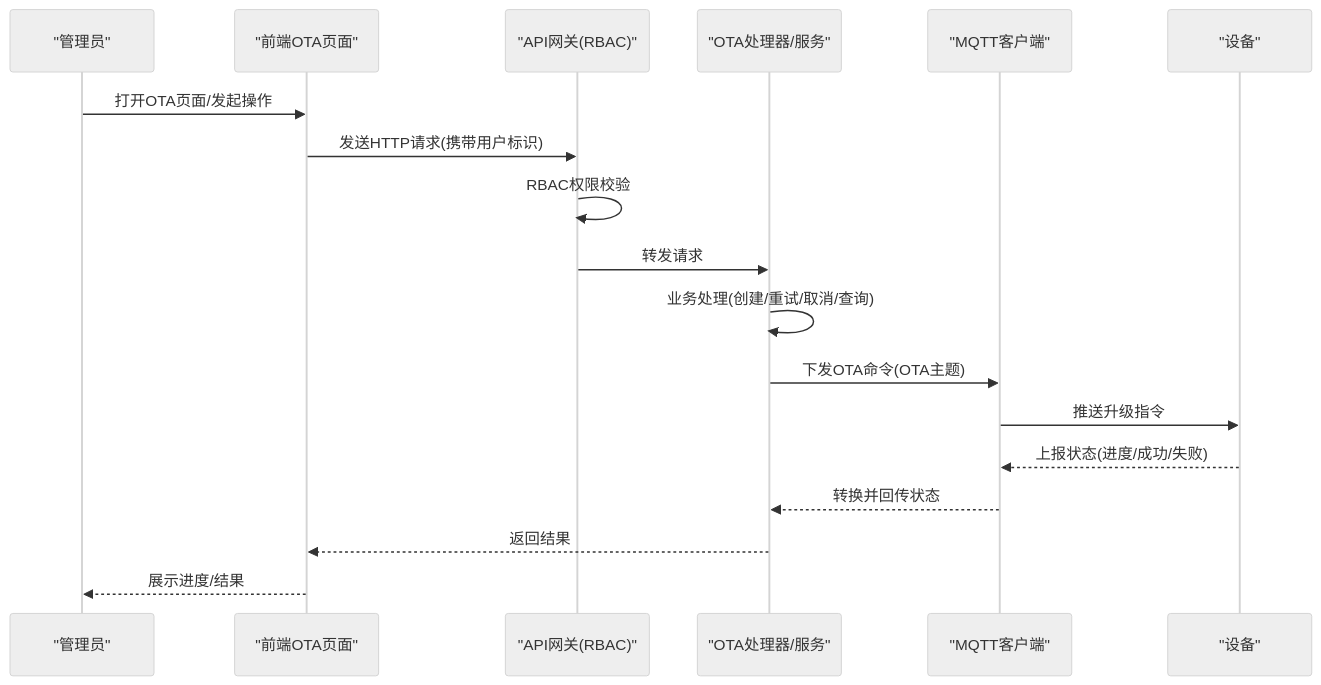
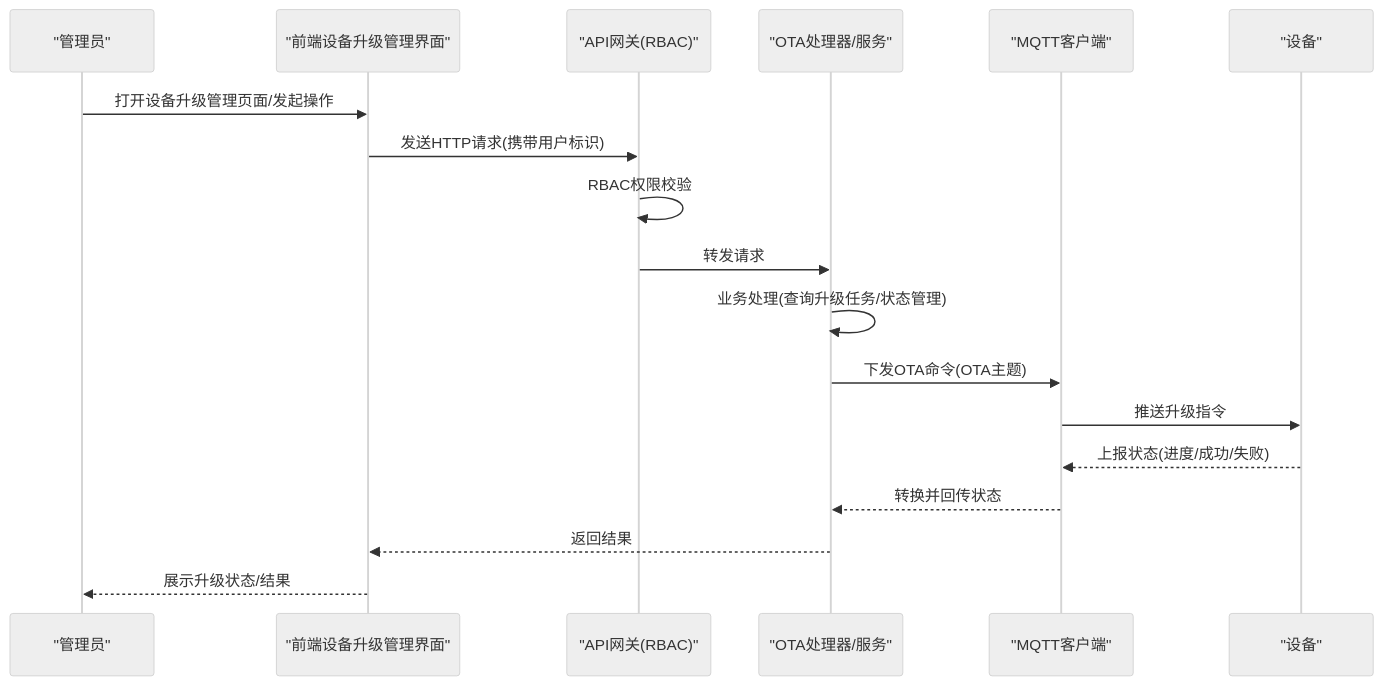
Before and after one commit to mcmrzy/cs_inv_monitor-develop: the second of 6 diagrams in .qoder/repowiki/zh/content/OTA升级系统/OTA任务调度/OTA任务管理.md, drawn with Mermaid (neutral theme). The commit also changed other lines of this file and 128 other files, not shown here.

````diff
--- a/.qoder/repowiki/zh/content/OTA升级系统/OTA任务调度/OTA任务管理.md
+++ b/.qoder/repowiki/zh/content/OTA升级系统/OTA任务调度/OTA任务管理.md
@@ -79,20 +85,20 @@
 ```mermaid
 sequenceDiagram
 participant U as "管理员"
-participant FE as "前端OTA页面"
+participant FE as "前端设备升级管理界面"
 participant GW as "API网关(RBAC)"
 participant API as "OTA处理器/服务"
 participant MQ as "MQTT客户端"
 participant D as "设备"
-U->>FE : 打开OTA页面/发起操作
+U->>FE : 打开设备升级管理页面/发起操作
 FE->>GW : 发送HTTP请求(携带用户标识)
 GW->>GW : RBAC权限校验
 GW->>API : 转发请求
-API->>API : 业务处理(创建/重试/取消/查询)
+API->>API : 业务处理(查询升级任务/状态管理)
 API->>MQ : 下发OTA命令(OTA主题)
 MQ->>D : 推送升级指令
 D-->>MQ : 上报状态(进度/成功/失败)
 MQ-->>API : 转换并回传状态
 API-->>FE : 返回结果
-FE-->>U : 展示进度/结果
+FE-->>U : 展示升级状态/结果
 ```
````
